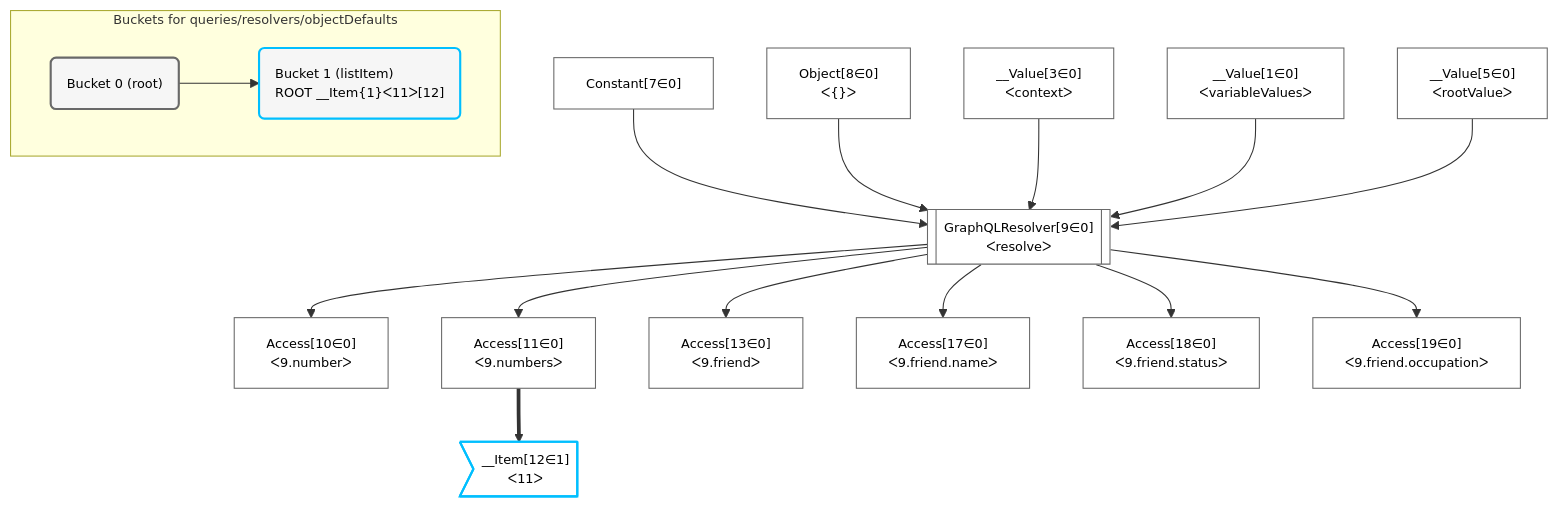
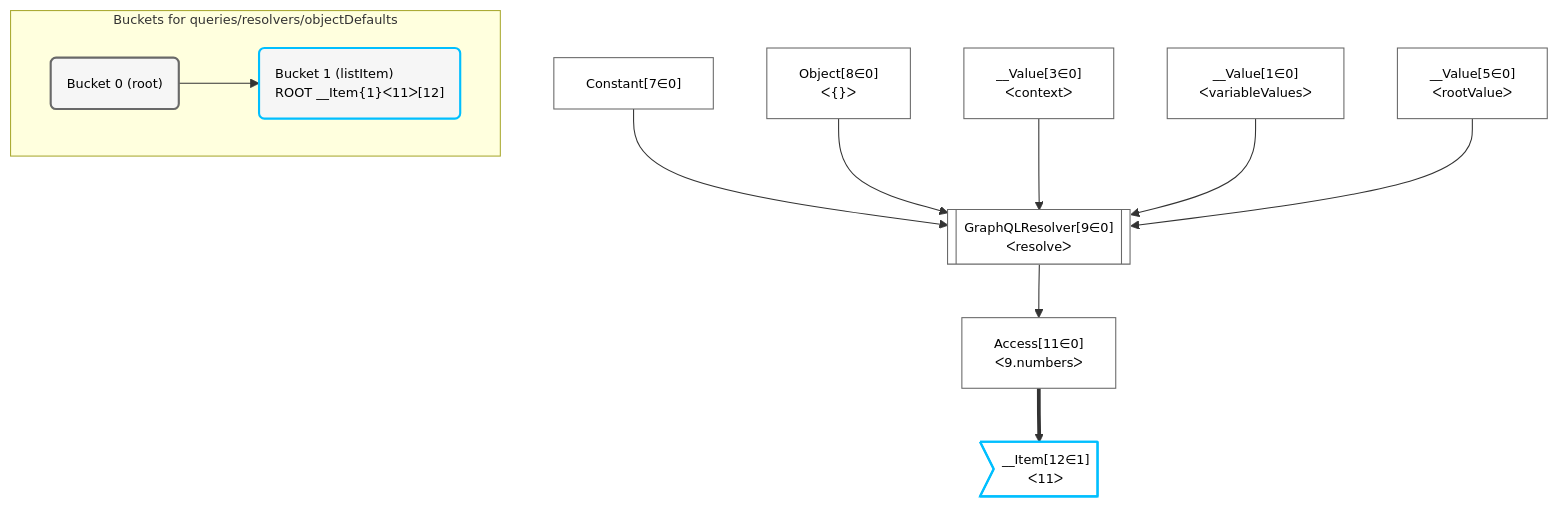
One commit to graphile/crystal changed the diagram in grafast/dataplan-pg/__tests__/queries/resolvers/objectDefaults.mermaid. Above: the diagram before and after it, drawn with Mermaid. The commit also changed 1 other file, not shown here.

Commit message:
Replace leaf access plans with OutputPlan referencing

```diff
--- a/grafast/dataplan-pg/__tests__/queries/resolvers/objectDefaults.mermaid
+++ b/grafast/dataplan-pg/__tests__/queries/resolvers/objectDefaults.mermaid
@@ -1,43 +1,33 @@
 %%{init: {'themeVariables': { 'fontSize': '12px'}}}%%
 graph TD
     classDef path fill:#eee,stroke:#000,color:#000
     classDef plan fill:#fff,stroke-width:1px,color:#000
     classDef itemplan fill:#fff,stroke-width:2px,color:#000
     classDef sideeffectplan fill:#f00,stroke-width:2px,color:#000
     classDef bucket fill:#f6f6f6,color:#000,stroke-width:2px,text-align:left
 
 
     %% define steps
     __Value1["__Value[1∈0]<br />ᐸvariableValuesᐳ"]:::plan
     __Value3["__Value[3∈0]<br />ᐸcontextᐳ"]:::plan
     __Value5["__Value[5∈0]<br />ᐸrootValueᐳ"]:::plan
     Constant7["Constant[7∈0]"]:::plan
     Object8["Object[8∈0]<br />ᐸ{}ᐳ"]:::plan
     GraphQLResolver9[["GraphQLResolver[9∈0]<br />ᐸresolveᐳ"]]:::plan
-    Access10["Access[10∈0]<br />ᐸ9.numberᐳ"]:::plan
     Access11["Access[11∈0]<br />ᐸ9.numbersᐳ"]:::plan
     __Item12>"__Item[12∈1]<br />ᐸ11ᐳ"]:::itemplan
-    Access13["Access[13∈0]<br />ᐸ9.friendᐳ"]:::plan
-    Access17["Access[17∈0]<br />ᐸ9.friend.nameᐳ"]:::plan
-    Access18["Access[18∈0]<br />ᐸ9.friend.statusᐳ"]:::plan
-    Access19["Access[19∈0]<br />ᐸ9.friend.occupationᐳ"]:::plan
 
     %% plan dependencies
     Constant7 & Object8 & __Value3 & __Value1 & __Value5 --> GraphQLResolver9
-    GraphQLResolver9 --> Access10
     GraphQLResolver9 --> Access11
     Access11 ==> __Item12
-    GraphQLResolver9 --> Access13
-    GraphQLResolver9 --> Access17
-    GraphQLResolver9 --> Access18
-    GraphQLResolver9 --> Access19
 
     subgraph "Buckets for queries/resolvers/objectDefaults"
     Bucket0("Bucket 0 (root)"):::bucket
     classDef bucket0 stroke:#696969
-    class Bucket0,__Value1,__Value3,__Value5,Constant7,Object8,GraphQLResolver9,Access10,Access11,Access13,Access17,Access18,Access19 bucket0
+    class Bucket0,__Value1,__Value3,__Value5,Constant7,Object8,GraphQLResolver9,Access11 bucket0
     Bucket1("Bucket 1 (listItem)<br />ROOT __Item{1}ᐸ11ᐳ[12]"):::bucket
     classDef bucket1 stroke:#00bfff
     class Bucket1,__Item12 bucket1
     Bucket0 --> Bucket1
     end
```
